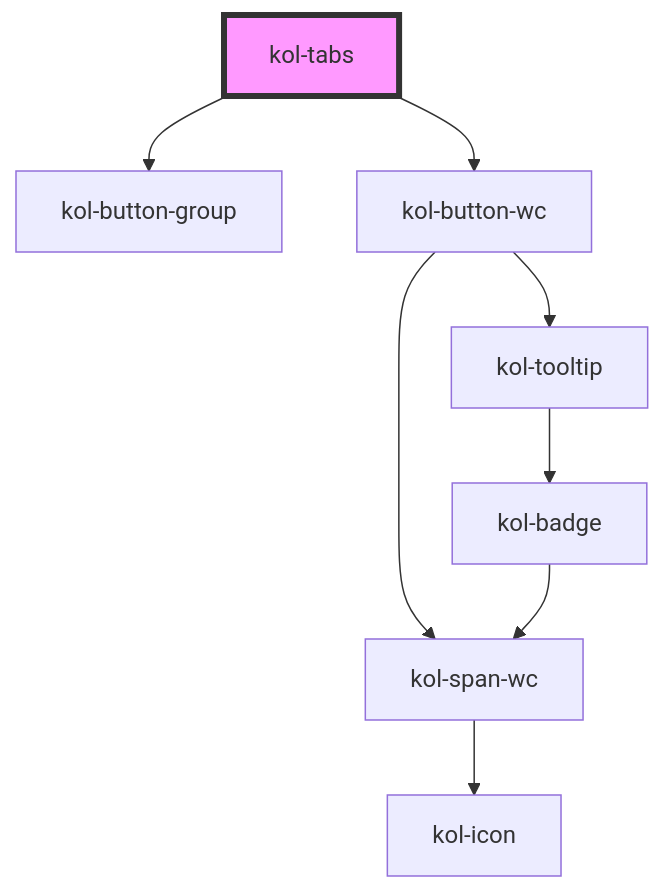
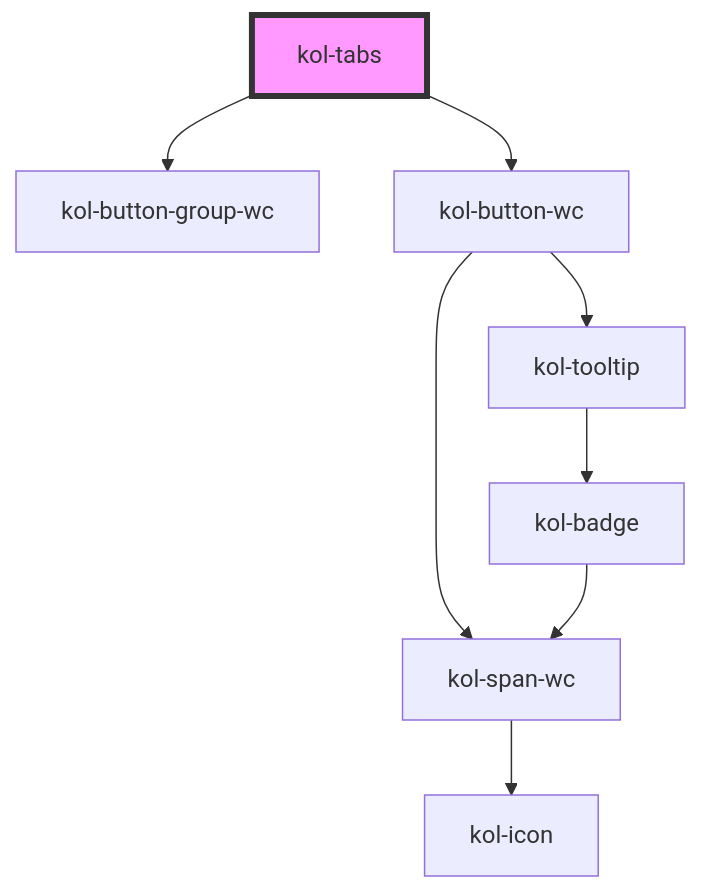
Before and after one commit to public-ui/kolibri: the diagram in packages/library/src/components/tabs/readme.md, drawn with Mermaid. The commit also changed other lines of this file and 8 other files, not shown here.

Commit message:
refactor: button-group without shadow and reuse it in tabs

````diff
--- a/packages/library/src/components/tabs/readme.md
+++ b/packages/library/src/components/tabs/readme.md
@@ -135,11 +135,11 @@
 ```mermaid
 graph TD;
-  kol-tabs --> kol-button-group
+  kol-tabs --> kol-button-group-wc
   kol-tabs --> kol-button-wc
   kol-button-wc --> kol-span-wc
   kol-button-wc --> kol-tooltip
   kol-span-wc --> kol-icon
   kol-tooltip --> kol-badge
   kol-badge --> kol-span-wc
   style kol-tabs fill:#f9f,stroke:#333,stroke-width:4px
 ```
````
